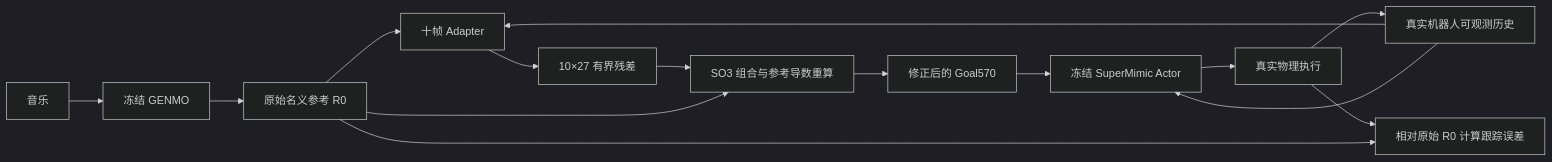
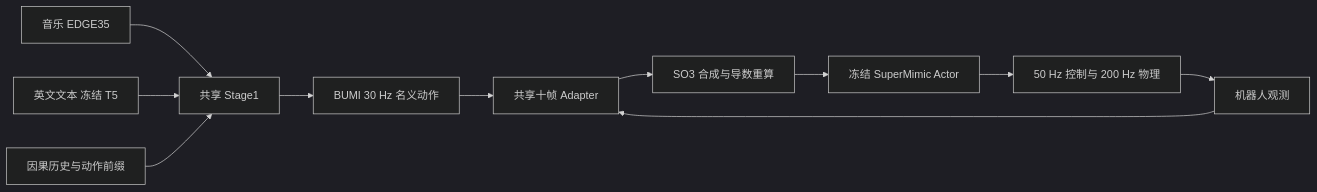
One commit to XiaoxiaoKuankuan/GENMO changed the diagram in README.md. Above: the diagram before and after it, drawn with Mermaid (dark theme). The commit also changed other lines of this file and 8 other files, not shown here.

````diff
--- a/README.md
+++ b/README.md
@@ -22,17 +5,13 @@
 ```mermaid
 flowchart LR
-    M[音乐] --> G[冻结 GENMO]
-    G --> R0[原始名义参考 R0]
-    R0 --> A[十帧 Adapter]
-    O[真实机器人可观测历史] --> A
-    A --> D[10×27 有界残差]
-    D --> R[SO3 组合与参考导数重算]
-    R0 --> R
-    R --> GOAL[修正后的 Goal570]
-    GOAL --> SM[冻结 SuperMimic Actor]
-    O --> SM
-    SM --> P[真实物理执行]
+    M[音乐 EDGE35] --> G[共享 Stage1]
+    T[英文文本 冻结 T5] --> G
+    H[因果历史与动作前缀] --> G
+    G --> R[BUMI 30 Hz 名义动作]
+    R --> A[共享十帧 Adapter]
+    O[机器人观测] --> A
+    A --> F[SO3 合成与导数重算]
+    F --> S[冻结 SuperMimic Actor]
+    S --> P[50 Hz 控制与 200 Hz 物理]
     P --> O
-    P --> E[相对原始 R0 计算跟踪误差]
-    R0 --> E
 ```
````
